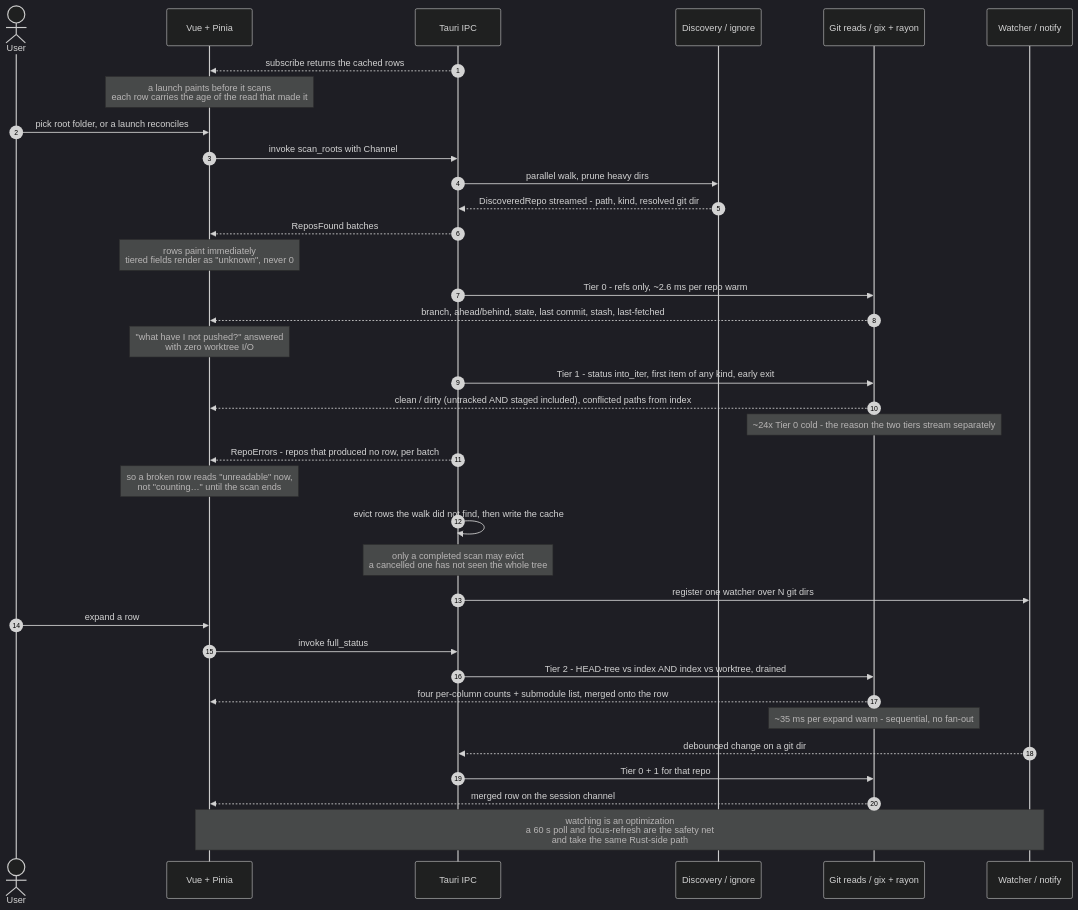
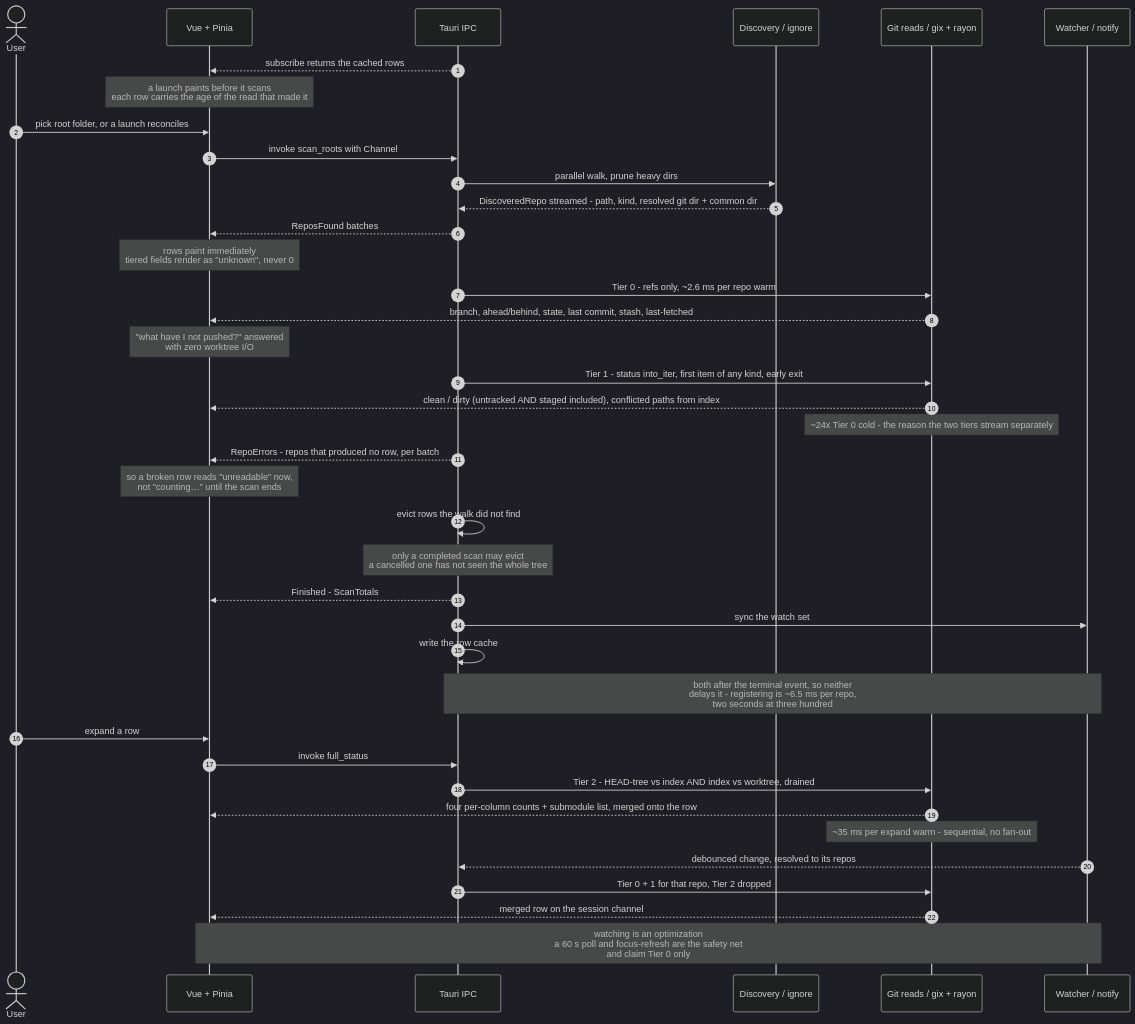
One commit to b-meyer/repo-viewer changed the diagram in AGENTS.md. Above: the diagram before and after it, drawn with Mermaid (dark theme). The commit also changed other lines of this file and 29 other files, not shown here.

````diff
--- a/AGENTS.md
+++ b/AGENTS.md
@@ -169,47 +203,51 @@
 ```mermaid
 sequenceDiagram
     autonumber
     actor U as User
     participant V as Vue + Pinia
     participant T as Tauri IPC
     participant D as Discovery / ignore
     participant G as Git reads / gix + rayon
     participant W as Watcher / notify
 
     T-->>V: subscribe returns the cached rows
     Note over V: a launch paints before it scans<br/>each row carries the age of the read that made it
 
     U->>V: pick root folder, or a launch reconciles
     V->>T: invoke scan_roots with Channel
     T->>D: parallel walk, prune heavy dirs
-    D-->>T: DiscoveredRepo streamed - path, kind, resolved git dir
+    D-->>T: DiscoveredRepo streamed - path, kind, resolved git dir + common dir
     T-->>V: ReposFound batches
     Note over V: rows paint immediately<br/>tiered fields render as "unknown", never 0
 
     T->>G: Tier 0 - refs only, ~2.6 ms per repo warm
     G-->>V: branch, ahead/behind, state, last commit, stash, last-fetched
     Note over V: "what have I not pushed?" answered<br/>with zero worktree I/O
 
     T->>G: Tier 1 - status into_iter, first item of any kind, early exit
     G-->>V: clean / dirty (untracked AND staged included), conflicted paths from index
     Note over G: ~24x Tier 0 cold - the reason the two tiers stream separately
 
     T-->>V: RepoErrors - repos that produced no row, per batch
     Note over V: so a broken row reads "unreadable" now,<br/>not "counting…" until the scan ends
 
-    T->>T: evict rows the walk did not find, then write the cache
+    T->>T: evict rows the walk did not find
     Note over T: only a completed scan may evict<br/>a cancelled one has not seen the whole tree
 
-    T->>W: register one watcher over N git dirs
+    T-->>V: Finished - ScanTotals
+
+    T->>W: sync the watch set
+    T->>T: write the row cache
+    Note over T,W: both after the terminal event, so neither<br/>delays it - registering is ~6.5 ms per repo,<br/>two seconds at three hundred
 
     U->>V: expand a row
     V->>T: invoke full_status
     T->>G: Tier 2 - HEAD-tree vs index AND index vs worktree, drained
     G-->>V: four per-column counts + submodule list, merged onto the row
     Note over G: ~35 ms per expand warm - sequential, no fan-out
 
-    W-->>T: debounced change on a git dir
-    T->>G: Tier 0 + 1 for that repo
+    W-->>T: debounced change, resolved to its repos
+    T->>G: Tier 0 + 1 for that repo, Tier 2 dropped
     G-->>V: merged row on the session channel
-    Note over V,W: watching is an optimization<br/>a 60 s poll and focus-refresh are the safety net<br/>and take the same Rust-side path
+    Note over V,W: watching is an optimization<br/>a 60 s poll and focus-refresh are the safety net<br/>and claim Tier 0 only
 ```
````
